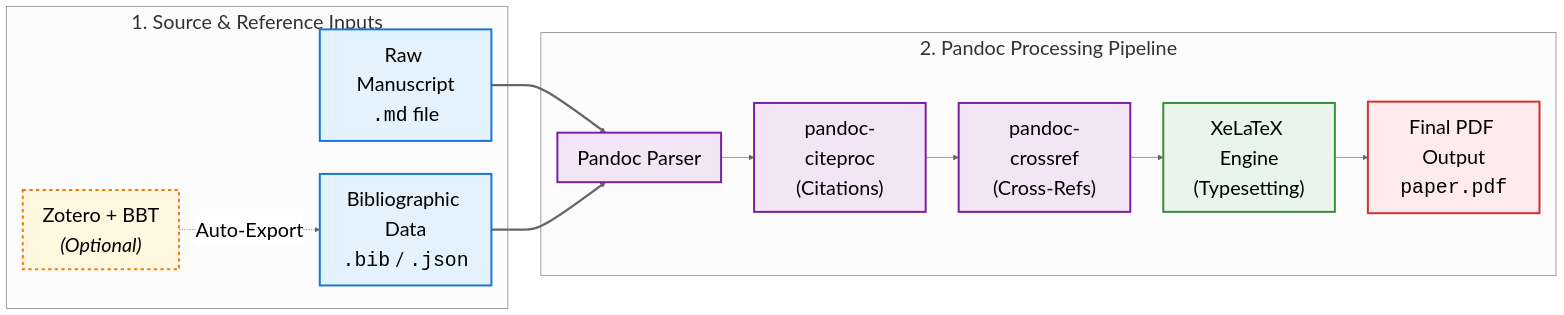
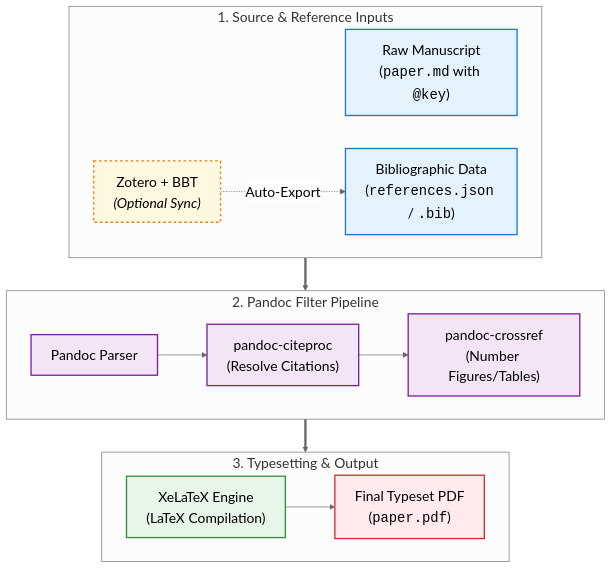
The diagram in paper.md (naihongzhou1029/markdown_academic_writing_workflow), drawn with Mermaid before and after one commit. The commit also changed other lines of this file, not shown here.

First line of the commit message:
docs: 在 Section 3 補充 Pandoc 轉換端到端範例

````diff
--- a/paper.md
+++ b/paper.md
@@ -87,25 +87,32 @@
 ```mermaid
-%%{init: {"theme": "neutral", "themeVariables": {"fontSize": "30px", "fontFamily": "arial, sans-serif", "primaryTextColor": "#000000"}}}%%
-flowchart LR
-    subgraph Sources ["1. Source & Reference Inputs"]
-        A["Raw Manuscript<br/><code>.md</code> file"]
-        B["Bibliographic Data<br/><code>.bib</code> / <code>.json</code>"]
-        Z["Zotero + BBT<br/><i>(Optional)</i>"] -. Auto-Export .-> B
+%%{init: {"theme": "neutral", "themeVariables": {"fontSize": "21px", "fontFamily": "arial, sans-serif", "primaryTextColor": "#000000"}}}%%
+flowchart TD
+    subgraph S1 ["1. Source & Reference Inputs"]
+        direction LR
+        A["Raw Manuscript<br/>(<code>paper.md</code> with <code>@key</code>)"]
+        B["Bibliographic Data<br/>(<code>references.json</code> / <code>.bib</code>)"]
+        Z["Zotero + BBT<br/><i>(Optional Sync)</i>"] -. Auto-Export .-> B
     end
 
-    subgraph Pipeline ["2. Pandoc Processing Pipeline"]
-        D["Pandoc Parser"] --> E["pandoc-citeproc<br/>(Citations)"] --> F["pandoc-crossref<br/>(Cross-Refs)"] --> G["XeLaTeX Engine<br/>(Typesetting)"] --> H["Final PDF Output<br/><code>paper.pdf</code>"]
+    subgraph S2 ["2. Pandoc Filter Pipeline"]
+        direction LR
+        D["Pandoc Parser"] --> E["pandoc-citeproc<br/>(Resolve Citations)"] --> F["pandoc-crossref<br/>(Number Figures/Tables)"]
     end
 
-    A ==> D
-    B ==> D
+    subgraph S3 ["3. Typesetting & Output"]
+        direction LR
+        G["XeLaTeX Engine<br/>(LaTeX Compilation)"] --> H["Final Typeset PDF<br/>(<code>paper.pdf</code>)"]
+    end
 
-    style A fill:#e3f2fd,stroke:#1976d2,stroke-width:3px,color:#000000
-    style B fill:#e3f2fd,stroke:#1976d2,stroke-width:3px,color:#000000
-    style Z fill:#fff8e1,stroke:#f57c00,stroke-width:3px,stroke-dasharray: 5 5,color:#000000
-    style D fill:#f3e5f5,stroke:#7b1fa2,stroke-width:3px,color:#000000
-    style E fill:#f3e5f5,stroke:#7b1fa2,stroke-width:3px,color:#000000
-    style F fill:#f3e5f5,stroke:#7b1fa2,stroke-width:3px,color:#000000
-    style G fill:#e8f5e9,stroke:#388e3c,stroke-width:3px,color:#000000
-    style H fill:#ffebee,stroke:#d32f2f,stroke-width:3px,color:#000000
+    S1 ==> S2
+    S2 ==> S3
+
+    style A fill:#e3f2fd,stroke:#1976d2,stroke-width:2px,color:#000000
+    style B fill:#e3f2fd,stroke:#1976d2,stroke-width:2px,color:#000000
+    style Z fill:#fff8e1,stroke:#f57c00,stroke-width:2px,stroke-dasharray: 4 4,color:#000000
+    style D fill:#f3e5f5,stroke:#7b1fa2,stroke-width:2px,color:#000000
+    style E fill:#f3e5f5,stroke:#7b1fa2,stroke-width:2px,color:#000000
+    style F fill:#f3e5f5,stroke:#7b1fa2,stroke-width:2px,color:#000000
+    style G fill:#e8f5e9,stroke:#388e3c,stroke-width:2px,color:#000000
+    style H fill:#ffebee,stroke:#d32f2f,stroke-width:2px,color:#000000
 ```
````
